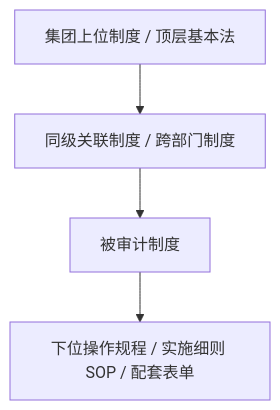
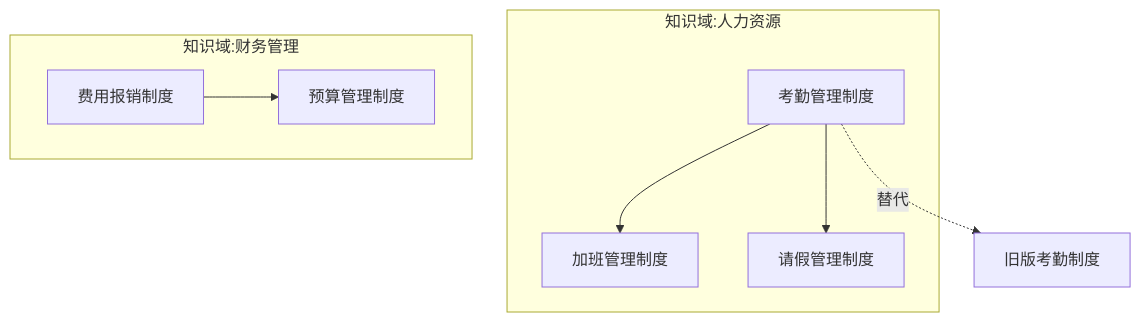
Before and after one commit to lz-kwok/policy-auditor: the diagram in SKILL.md, drawn with Mermaid. The commit also changed other lines of this file, not shown here.

````diff
--- a/SKILL.md
+++ b/SKILL.md
@@ -46,6 +200,13 @@
 ```mermaid
 graph TD
-    Parent[集团上位制度 / 顶层基本法] --> Peer[同级关联制度 / 跨部门制度]
-    Peer --> Current[被审计制度]
-    Current --> Child[下位操作规程 / 实施细则 SOP / 配套表单]
+    subgraph 知识域:人力资源
+        A[考勤管理制度] --> B[加班管理制度]
+        A --> C[请假管理制度]
+    end
+    
+    subgraph 知识域:财务管理
+        E[费用报销制度] --> F[预算管理制度]
+    end
+    
+    A -.->|替代| H[旧版考勤制度]
 ```
````
